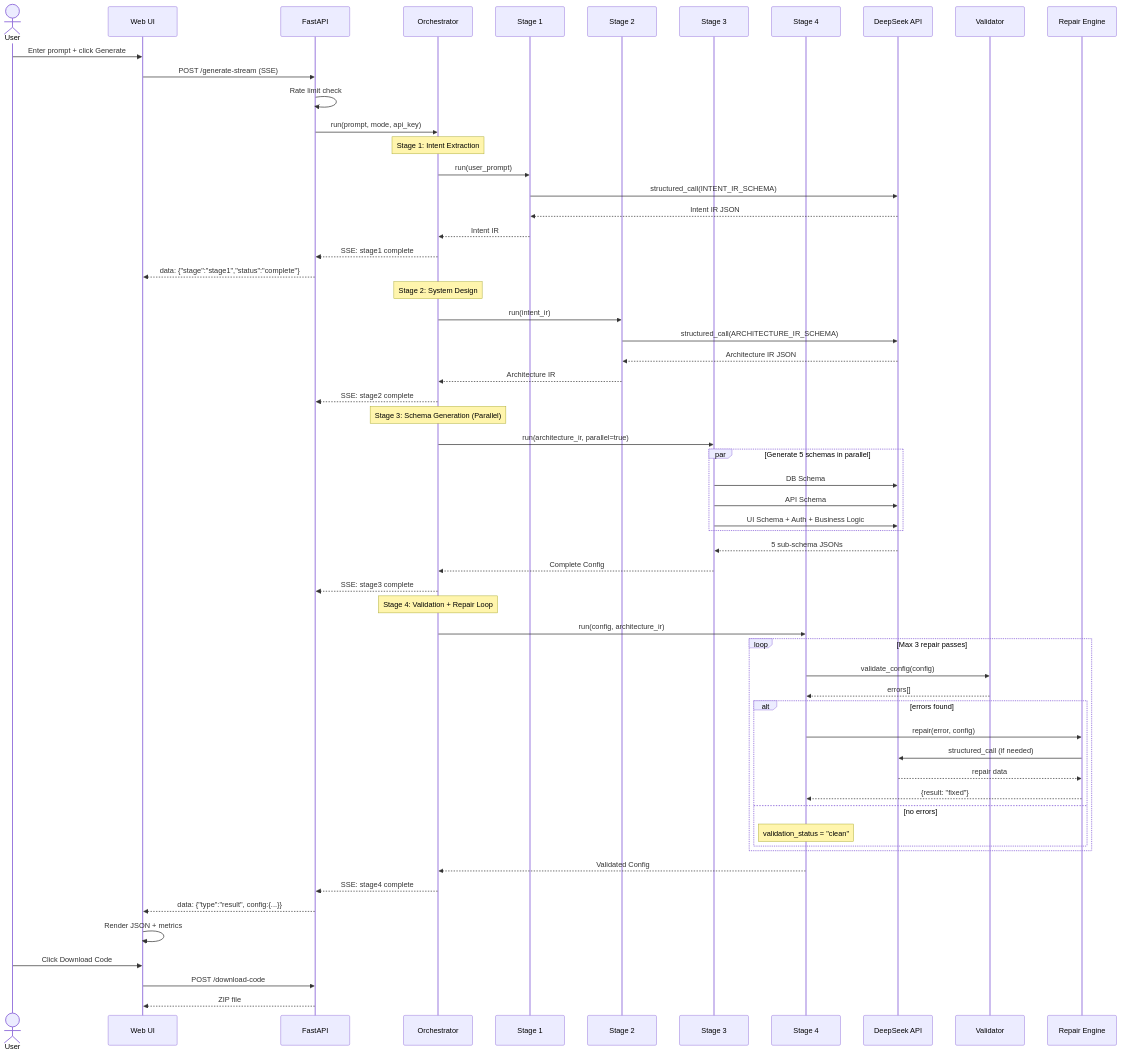
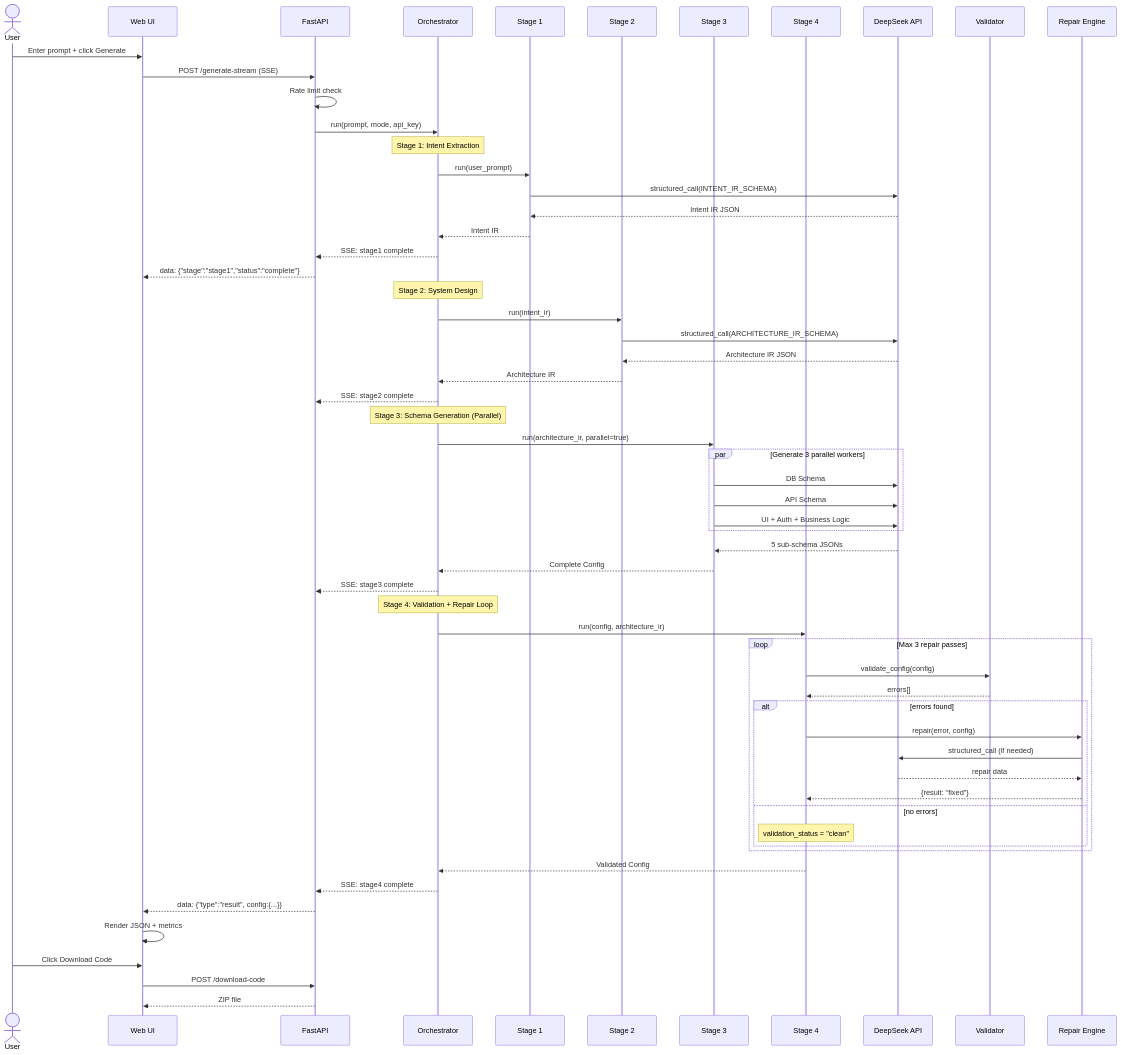
Before and after one commit to notsooamit/app-compiler: the fourth of 24 diagrams in SOFTWARE_ARCHITECTURE.md, drawn with Mermaid. The commit also changed other lines of this file and 1 other file, not shown here.

````diff
--- a/SOFTWARE_ARCHITECTURE.md
+++ b/SOFTWARE_ARCHITECTURE.md
@@ -243,68 +245,68 @@
 ```mermaid
 sequenceDiagram
     actor User
     participant UI as Web UI
     participant API as FastAPI
     participant Orch as Orchestrator
     participant S1 as Stage 1
     participant S2 as Stage 2
     participant S3 as Stage 3
     participant S4 as Stage 4
     participant LLM as DeepSeek API
     participant Val as Validator
     participant Rep as Repair Engine
 
     User->>UI: Enter prompt + click Generate
     UI->>API: POST /generate-stream (SSE)
     API->>API: Rate limit check
     API->>Orch: run(prompt, mode, api_key)
     
     Note over Orch: Stage 1: Intent Extraction
     Orch->>S1: run(user_prompt)
     S1->>LLM: structured_call(INTENT_IR_SCHEMA)
     LLM-->>S1: Intent IR JSON
     S1-->>Orch: Intent IR
     Orch-->>API: SSE: stage1 complete
     API-->>UI: data: {"stage":"stage1","status":"complete"}
     
     Note over Orch: Stage 2: System Design
     Orch->>S2: run(intent_ir)
     S2->>LLM: structured_call(ARCHITECTURE_IR_SCHEMA)
     LLM-->>S2: Architecture IR JSON
     S2-->>Orch: Architecture IR
     Orch-->>API: SSE: stage2 complete
     
     Note over Orch: Stage 3: Schema Generation (Parallel)
     Orch->>S3: run(architecture_ir, parallel=true)
-    par Generate 5 schemas in parallel
+    par Generate 3 parallel workers
         S3->>LLM: DB Schema
         S3->>LLM: API Schema
-        S3->>LLM: UI Schema + Auth + Business Logic
+        S3->>LLM: UI + Auth + Business Logic
     end
     LLM-->>S3: 5 sub-schema JSONs
     S3-->>Orch: Complete Config
     Orch-->>API: SSE: stage3 complete
     
     Note over Orch: Stage 4: Validation + Repair Loop
     Orch->>S4: run(config, architecture_ir)
     loop Max 3 repair passes
         S4->>Val: validate_config(config)
         Val-->>S4: errors[]
         alt errors found
             S4->>Rep: repair(error, config)
             Rep->>LLM: structured_call (if needed)
             LLM-->>Rep: repair data
             Rep-->>S4: {result: "fixed"}
         else no errors
             Note over S4: validation_status = "clean"
         end
     end
     S4-->>Orch: Validated Config
     Orch-->>API: SSE: stage4 complete
     
     API-->>UI: data: {"type":"result", config:{...}}
     UI->>UI: Render JSON + metrics
     User->>UI: Click Download Code
     UI->>API: POST /download-code
     API-->>UI: ZIP file
 ```
````
